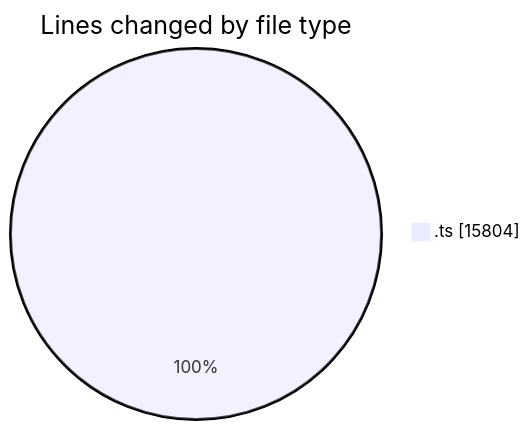
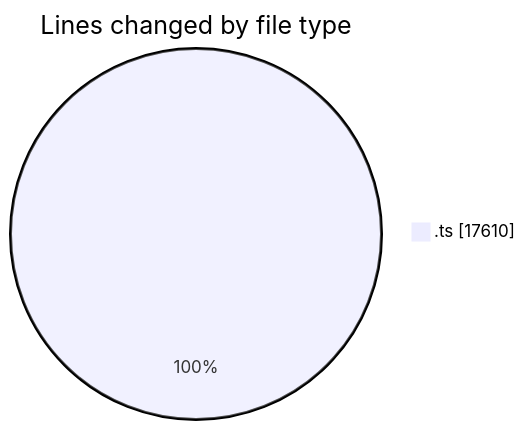
Before and after one commit to momahboobian/code-tracking: the first of 2 diagrams in 2026-09-11/cda/README.md, drawn with Mermaid. The commit also changed other lines of this file and 1 other file, not shown here.

````diff
--- a/2026-09-11/cda/README.md
+++ b/2026-09-11/cda/README.md
@@ -24,5 +25,5 @@
 ```mermaid
 pie showData
 title Lines changed by file type
-".ts" : 15804
+".ts" : 17610
 ```
````
